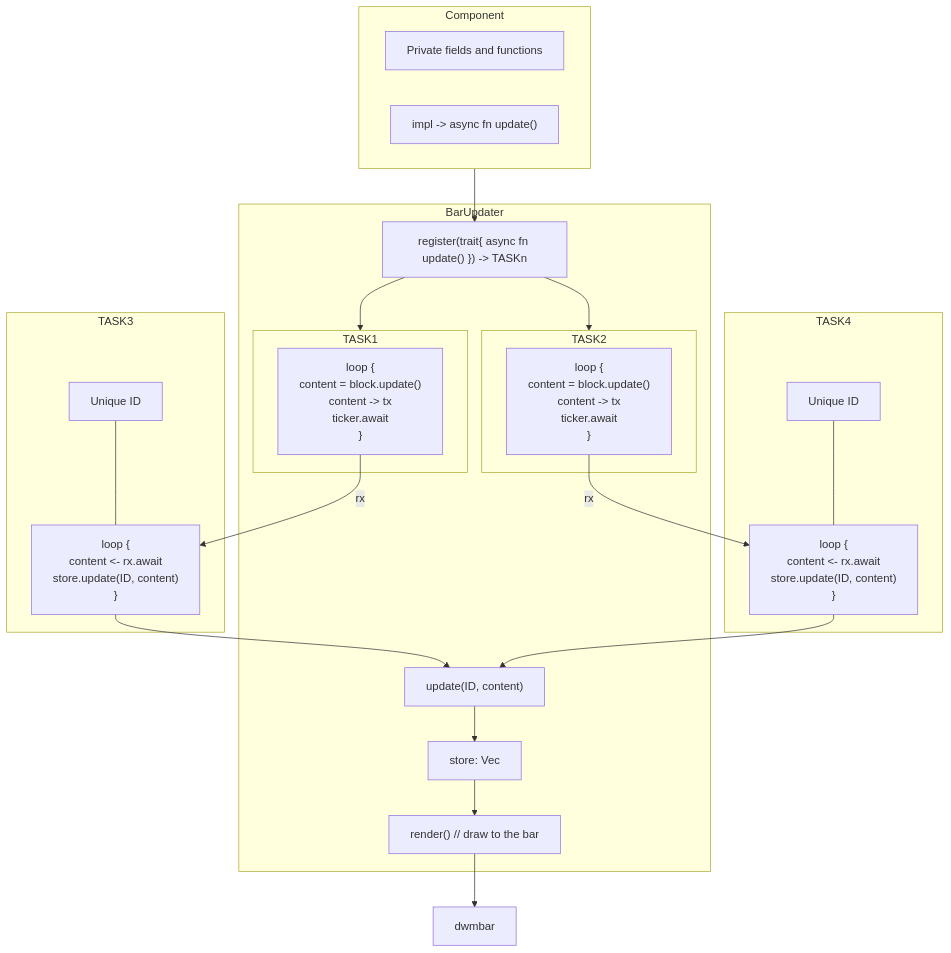
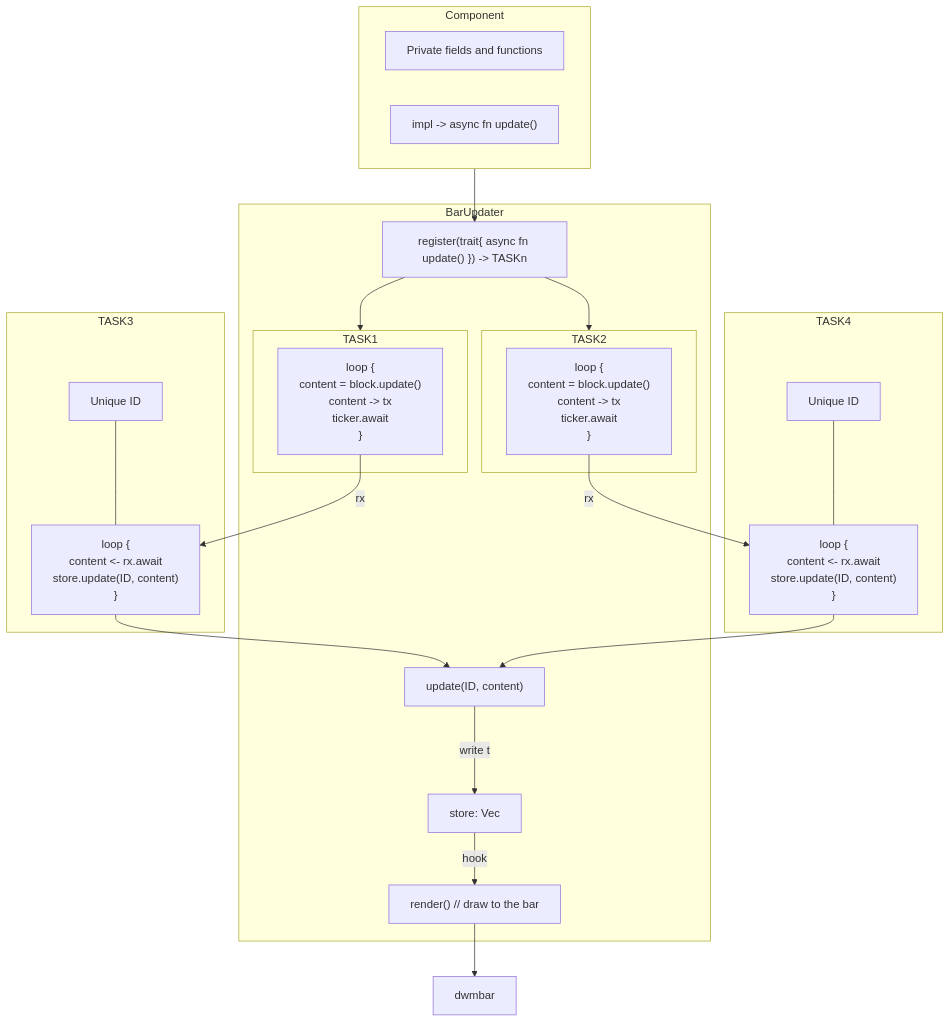
One commit to Avimitin/dwm-bar changed the second of 2 diagrams in src/README.md. Above: the diagram before and after it, drawn with Mermaid.

Commit message:
docs: add more description

````diff
--- a/src/README.md
+++ b/src/README.md
@@ -25,59 +25,59 @@
 ```mermaid
 flowchart
   subgraph Component
     field["Private fields and functions"]
     compupdate["impl -> async fn update()"]
   end
 
   subgraph TASK1
     t1["loop {
       content = block.update()
       content -> tx
       ticker.await
     }"]
   end
   subgraph TASK2
     t2["loop {
       content = block.update()
       content -> tx
       ticker.await
     }"]
   end
   subgraph TASK3
     t4["loop {
       content <- rx.await
       store.update(ID, content)
     }"]
     f4["Unique ID"]
     f4---t4
   end
   subgraph TASK4
     t5["loop {
       content <- rx.await
       store.update(ID, content)
     }"]
     f5["Unique ID"]
     f5---t5
   end
 
   t1-- rx -->t4
   t2-- rx -->t5
 
   t4 --> update
   t5 --> update
 
   Component --> register
 
   subgraph BarUpdater
     store["store: Vec<String>"]
-    store --> render["render() // draw to the bar"]
+    store --hook--> render["render() // draw to the bar"]
 
-    update["update(ID, content)"] --> store
+    update["update(ID, content)"] --write to--> store
 
     register["register(trait{ async fn update() }) -> TASKn"]
     register --> TASK1
     register --> TASK2
   end
 
   render --> dwmbar
 ```
````
